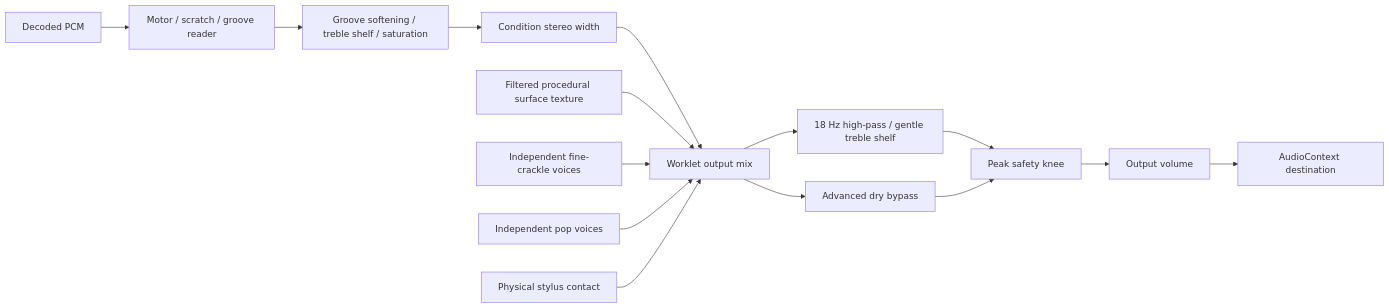
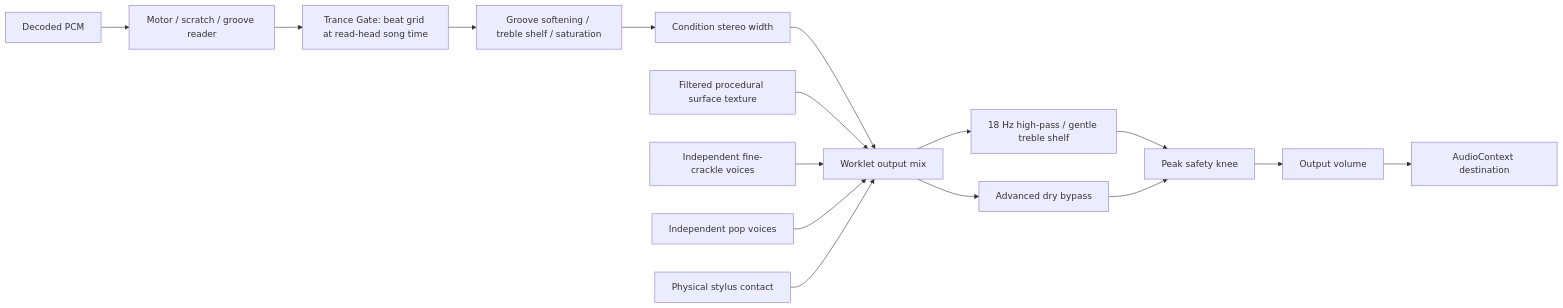
The diagram in docs/audio-engine.md (dilldylanpickle/virtual-home-studio), drawn with Mermaid before and after one commit. The commit also changed other lines of this file and 42 other files, not shown here.

````diff
--- a/docs/audio-engine.md
+++ b/docs/audio-engine.md
@@ -7,17 +7,18 @@
 ```mermaid
 flowchart LR
     PCM[Decoded PCM] --> Read[Motor / scratch / groove reader]
-    Read --> Wear[Groove softening / treble shelf / saturation]
+    Read --> Gate[Trance Gate: beat grid at read-head song time]
+    Gate --> Wear[Groove softening / treble shelf / saturation]
     Wear --> Width[Condition stereo width]
     Width --> Mix[Worklet output mix]
     Surface[Filtered procedural surface texture] --> Mix
     Crackle[Independent fine-crackle voices] --> Mix
     Pops[Independent pop voices] --> Mix
     Contact[Physical stylus contact] --> Mix
     Mix --> Cartridge[18 Hz high-pass / gentle treble shelf]
     Mix --> Dry[Advanced dry bypass]
     Cartridge --> Safety[Peak safety knee]
     Dry --> Safety
     Safety --> Volume[Output volume]
     Volume --> Destination[AudioContext destination]
 ```
````
